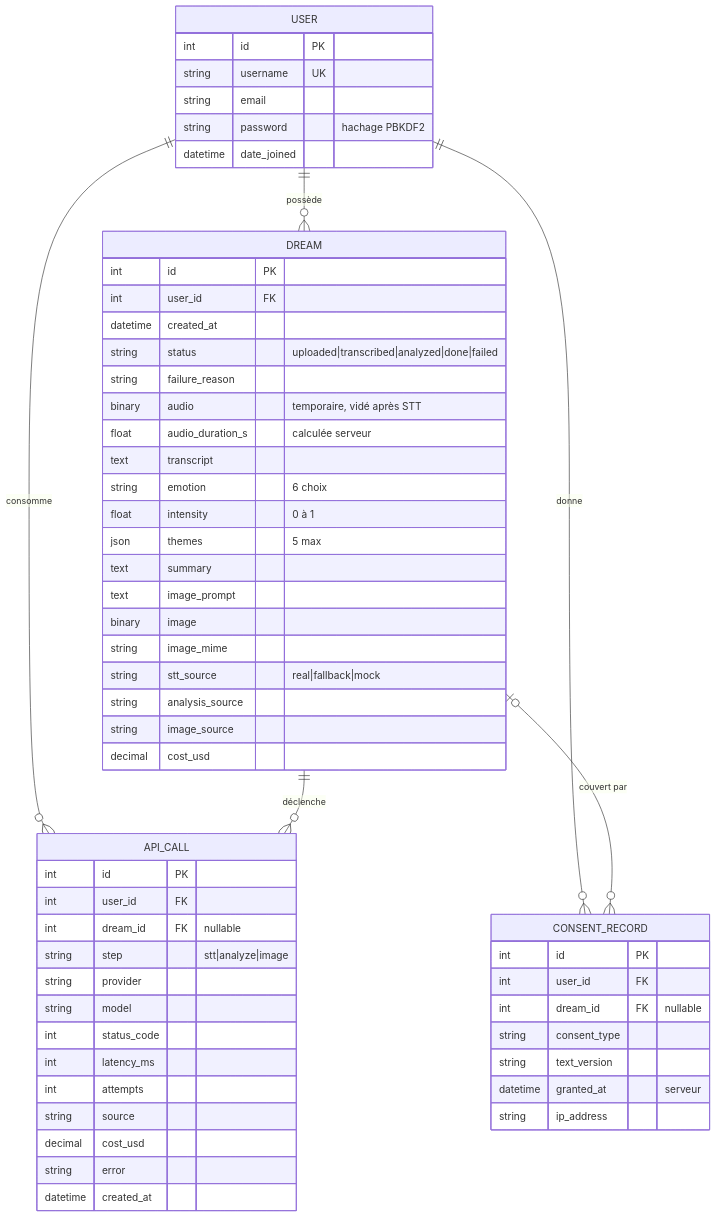
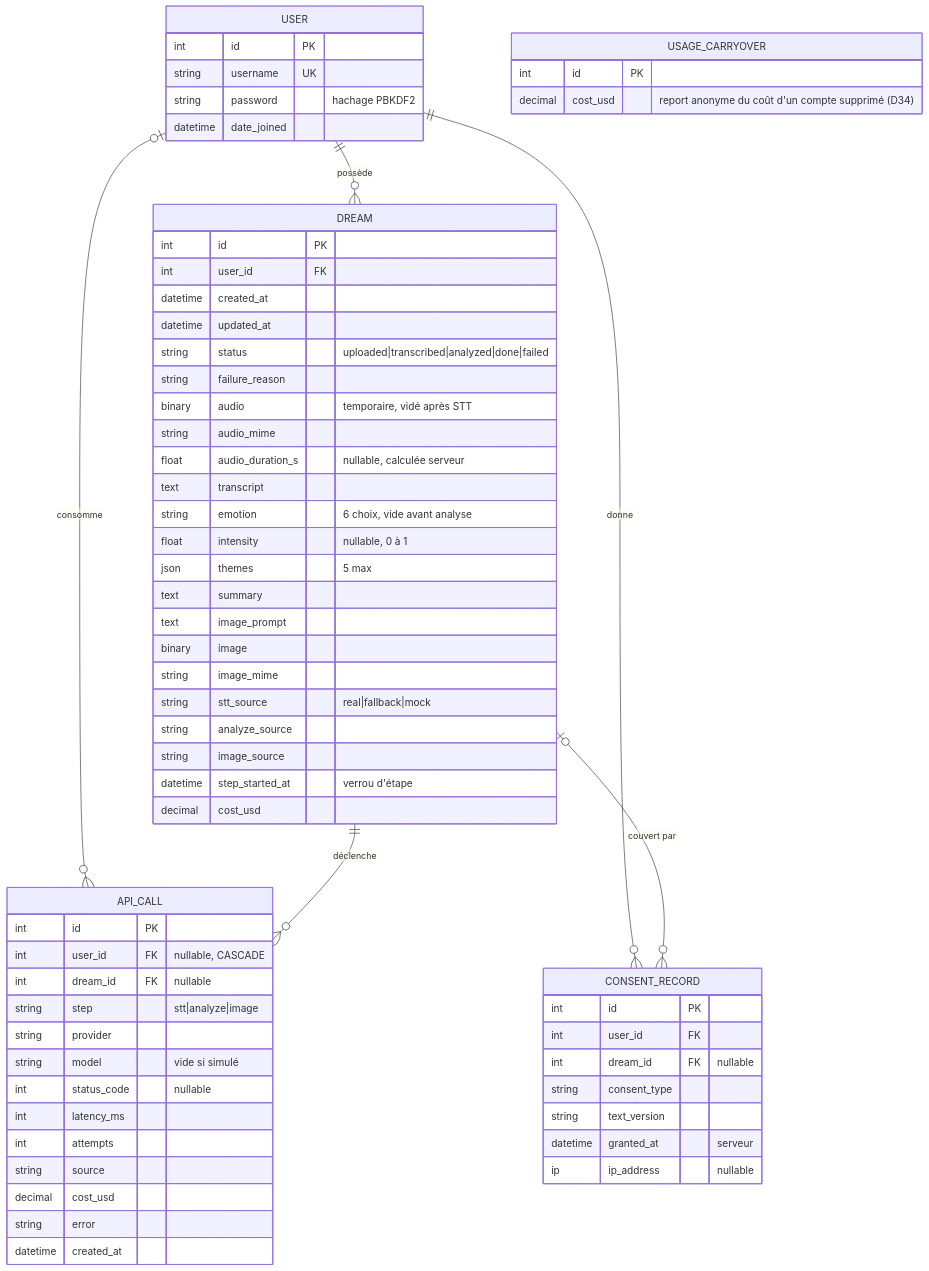
The diagram in docs/diagrams/erd.mmd (amesall10/synthetiseur-de-reves), drawn with Mermaid before and after one commit. The commit also changed 2 other files, not shown here.

Commit message:
docs: diagrammes c4_container, erd et sequence alignés sur le code
Versions corrigées fournies : purge sans tâche planifiée, UsageCarryover,
analyze_source, champs nullables, consentement vérifié à chaque étape.

```diff
--- a/docs/diagrams/erd.mmd
+++ b/docs/diagrams/erd.mmd
@@ -1,58 +1,64 @@
 erDiagram
   USER ||--o{ DREAM : "possède"
   USER ||--o{ CONSENT_RECORD : "donne"
-  USER ||--o{ API_CALL : "consomme"
+  USER |o--o{ API_CALL : "consomme"
   DREAM ||--o{ API_CALL : "déclenche"
   DREAM |o--o{ CONSENT_RECORD : "couvert par"
   USER {
     int id PK
     string username UK
-    string email
     string password "hachage PBKDF2"
     datetime date_joined
   }
   DREAM {
     int id PK
     int user_id FK
     datetime created_at
+    datetime updated_at
     string status "uploaded|transcribed|analyzed|done|failed"
     string failure_reason
     binary audio "temporaire, vidé après STT"
-    float audio_duration_s "calculée serveur"
+    string audio_mime
+    float audio_duration_s "nullable, calculée serveur"
     text transcript
-    string emotion "6 choix"
-    float intensity "0 à 1"
+    string emotion "6 choix, vide avant analyse"
+    float intensity "nullable, 0 à 1"
     json themes "5 max"
     text summary
     text image_prompt
     binary image
     string image_mime
     string stt_source "real|fallback|mock"
-    string analysis_source
+    string analyze_source
     string image_source
+    datetime step_started_at "verrou d'étape"
     decimal cost_usd
   }
   CONSENT_RECORD {
     int id PK
     int user_id FK
     int dream_id FK "nullable"
     string consent_type
     string text_version
     datetime granted_at "serveur"
-    string ip_address
+    ip ip_address "nullable"
   }
   API_CALL {
     int id PK
-    int user_id FK
+    int user_id FK "nullable, CASCADE"
     int dream_id FK "nullable"
     string step "stt|analyze|image"
     string provider
-    string model
-    int status_code
+    string model "vide si simulé"
+    int status_code "nullable"
     int latency_ms
     int attempts
     string source
     decimal cost_usd
     string error
     datetime created_at
   }
+  USAGE_CARRYOVER {
+    int id PK
+    decimal cost_usd "report anonyme du coût d'un compte supprimé (D34)"
+  }
```
